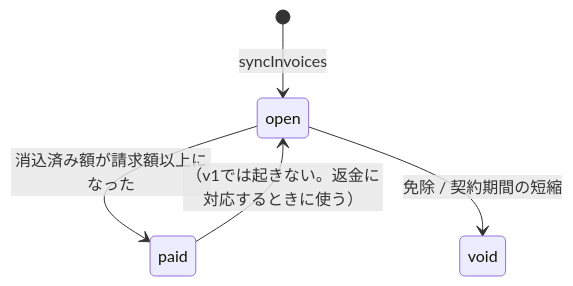
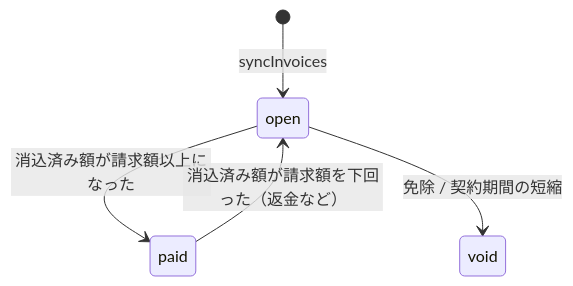
One commit to hiraku00/parking-management changed the third of 3 diagrams in docs/design/04-data-model.md. Above: the diagram before and after it, drawn with Mermaid. The commit also changed other lines of this file and 64 other files, not shown here.

````diff
--- a/docs/design/04-data-model.md
+++ b/docs/design/04-data-model.md
@@ -303,7 +340,7 @@
 ```mermaid
 stateDiagram-v2
   [*] --> open: syncInvoices
   open --> paid: 消込済み額が請求額以上になった
   open --> void: 免除 / 契約期間の短縮
-  paid --> open: （v1では起きない。返金に対応するときに使う）
+  paid --> open: 消込済み額が請求額を下回った（返金など）
 ```
````
